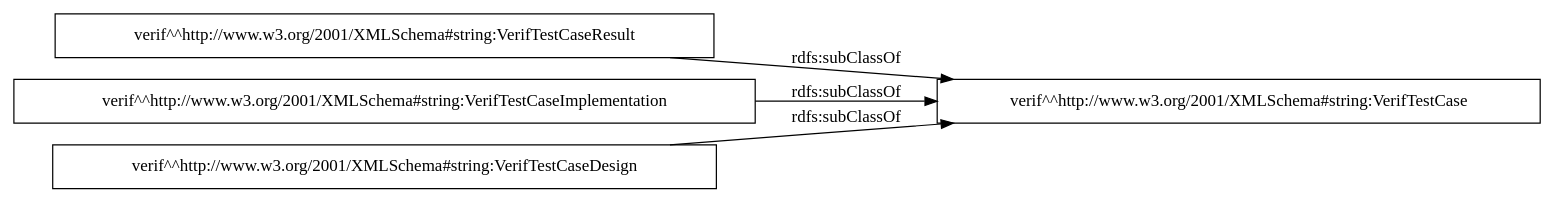
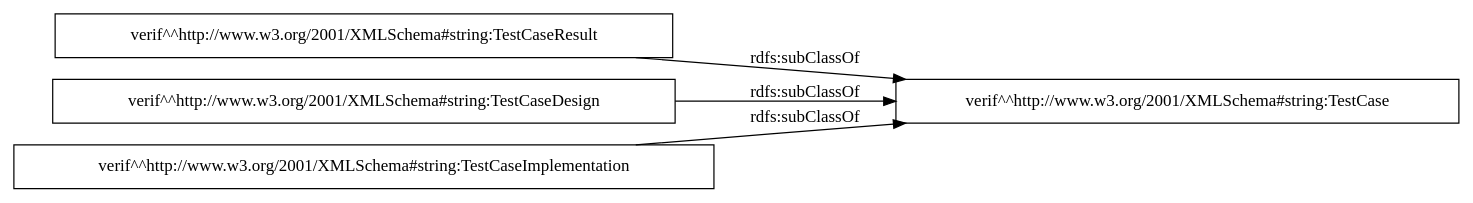
One commit to albaizq/test-verification-ontology changed the diagram in OnToology/ontology/verification-test-description.ttl/diagrams/ar2dtool-taxonomy/verification-test-description.ttl.png.dot. Above: the diagram before and after it, drawn with Graphviz. The commit also changed 11 other files, not shown here.

```diff
--- a/OnToology/ontology/verification-test-description.ttl/diagrams/ar2dtool-taxonomy/verification-test-description.ttl.png.dot
+++ b/OnToology/ontology/verification-test-description.ttl/diagrams/ar2dtool-taxonomy/verification-test-description.ttl.png.dot
@@ -1,9 +1,9 @@
 digraph ar2dtool_diagram { 
 rankdir=LR;
 size="1000"
-node [shape = rectangle, color="black"]; "verif^^http://www.w3.org/2001/XMLSchema#string:VerifTestCaseResult" "verif^^http://www.w3.org/2001/XMLSchema#string:VerifTestCaseImplementation" "verif^^http://www.w3.org/2001/XMLSchema#string:VerifTestCaseDesign" "verif^^http://www.w3.org/2001/XMLSchema#string:VerifTestCase" ; /*classes style*/
-	"verif^^http://www.w3.org/2001/XMLSchema#string:VerifTestCaseImplementation" -> "verif^^http://www.w3.org/2001/XMLSchema#string:VerifTestCase" [ label = "rdfs:subClassOf" ];
-	"verif^^http://www.w3.org/2001/XMLSchema#string:VerifTestCaseResult" -> "verif^^http://www.w3.org/2001/XMLSchema#string:VerifTestCase" [ label = "rdfs:subClassOf" ];
-	"verif^^http://www.w3.org/2001/XMLSchema#string:VerifTestCaseDesign" -> "verif^^http://www.w3.org/2001/XMLSchema#string:VerifTestCase" [ label = "rdfs:subClassOf" ];
+node [shape = rectangle, color="black"]; "verif^^http://www.w3.org/2001/XMLSchema#string:TestCaseResult" "verif^^http://www.w3.org/2001/XMLSchema#string:TestCaseDesign" "verif^^http://www.w3.org/2001/XMLSchema#string:TestCase" "verif^^http://www.w3.org/2001/XMLSchema#string:TestCaseImplementation" ; /*classes style*/
+	"verif^^http://www.w3.org/2001/XMLSchema#string:TestCaseDesign" -> "verif^^http://www.w3.org/2001/XMLSchema#string:TestCase" [ label = "rdfs:subClassOf" ];
+	"verif^^http://www.w3.org/2001/XMLSchema#string:TestCaseResult" -> "verif^^http://www.w3.org/2001/XMLSchema#string:TestCase" [ label = "rdfs:subClassOf" ];
+	"verif^^http://www.w3.org/2001/XMLSchema#string:TestCaseImplementation" -> "verif^^http://www.w3.org/2001/XMLSchema#string:TestCase" [ label = "rdfs:subClassOf" ];
 
 }
```
